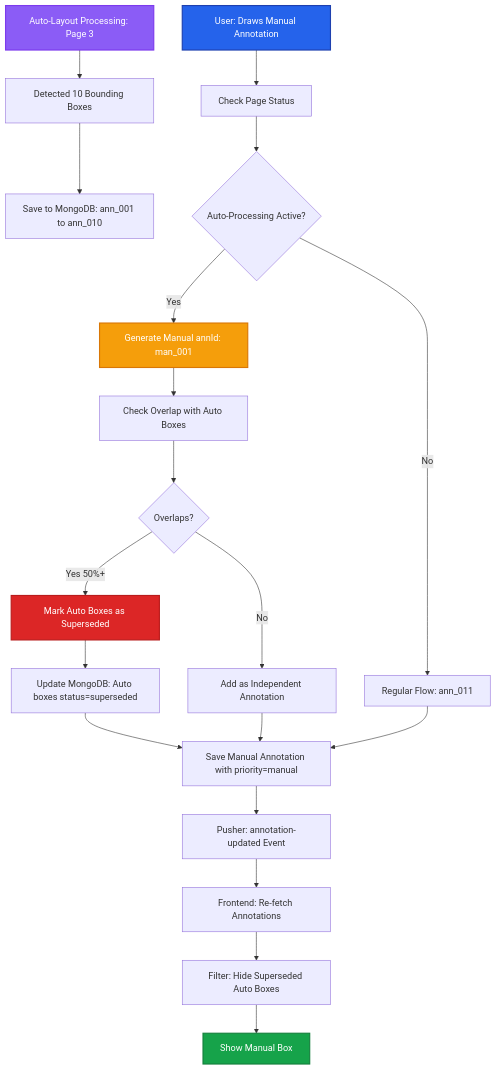
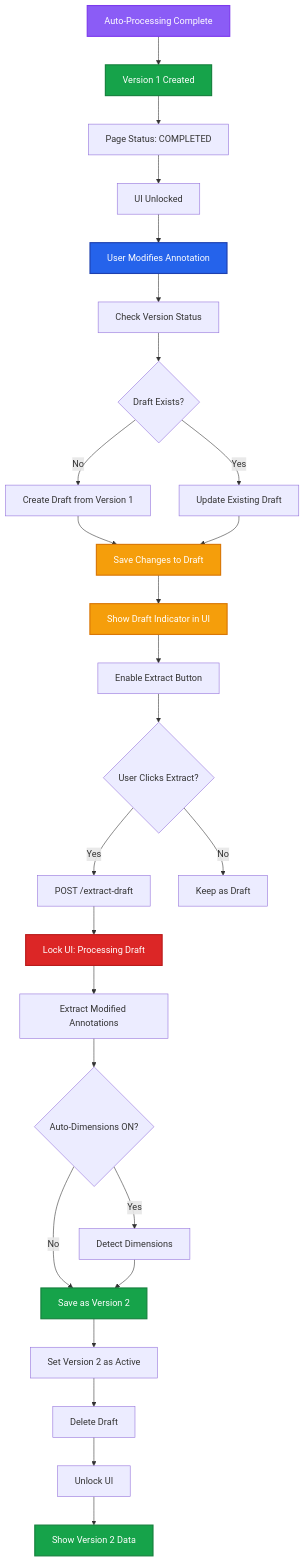
One commit to coffeeinc-in/adeos-fe-docs changed the third of 5 diagrams in content/v3-iteration/user-control-flow.mdx. Above: the diagram before and after it, drawn with Mermaid. The commit also changed other lines of this file, not shown here.

Commit message:
Implement feature X to enhance user experience and fix bug Y in module Z

````diff
--- a/content/v3-iteration/user-control-flow.mdx
+++ b/content/v3-iteration/user-control-flow.mdx
@@ -218,34 +351,42 @@
 ```mermaid
 graph TD
-    A[Auto-Layout Processing: Page 3] --> B[Detected 10 Bounding Boxes]
-    B --> C[Save to MongoDB: ann_001 to ann_010]
+    A[Auto-Processing Complete] --> B[Version 1 Created]
+    B --> C[Page Status: COMPLETED]
+    C --> D[UI Unlocked]
 
-    D[User: Draws Manual Annotation] --> E[Check Page Status]
-    E --> F{Auto-Processing Active?}
+    D --> E[User Modifies Annotation]
+    E --> F[Check Version Status]
+    F --> G{Draft Exists?}
 
-    F -->|Yes| G[Generate Manual annId: man_001]
-    F -->|No| H[Regular Flow: ann_011]
+    G -->|No| H[Create Draft from Version 1]
+    G -->|Yes| I[Update Existing Draft]
 
-    G --> I[Check Overlap with Auto Boxes]
-    I --> J{Overlaps?}
+    H --> J[Save Changes to Draft]
+    I --> J
+    J --> K[Show Draft Indicator in UI]
+    K --> L[Enable Extract Button]
 
-    J -->|Yes 50%+| K[Mark Auto Boxes as Superseded]
-    J -->|No| L[Add as Independent Annotation]
+    L --> M{User Clicks Extract?}
+    M -->|Yes| N[POST /extract-draft]
+    M -->|No| O[Keep as Draft]
 
-    K --> M[Update MongoDB: Auto boxes status=superseded]
-    M --> N[Save Manual Annotation with priority=manual]
-
-    L --> N
-    H --> N
-
-    N --> O[Pusher: annotation-updated Event]
-    O --> P[Frontend: Re-fetch Annotations]
-    P --> Q[Filter: Hide Superseded Auto Boxes]
-    Q --> R[Show Manual Box]
+    N --> P[Lock UI: Processing Draft]
+    P --> Q[Extract Modified Annotations]
+    Q --> R{Auto-Dimensions ON?}
+    R -->|Yes| S[Detect Dimensions]
+    R -->|No| T[Save as Version 2]
+    S --> T
+    T --> U[Set Version 2 as Active]
+    U --> V[Delete Draft]
+    V --> W[Unlock UI]
+    W --> X[Show Version 2 Data]
 
     style A fill:#8b5cf6,stroke:#7c3aed,stroke-width:2px,color:#fff
-    style D fill:#2563eb,stroke:#1e40af,stroke-width:2px,color:#fff
-    style G fill:#f59e0b,stroke:#d97706,stroke-width:2px,color:#fff
-    style K fill:#dc2626,stroke:#b91c1c,stroke-width:2px,color:#fff
-    style R fill:#16a34a,stroke:#15803d,stroke-width:2px,color:#fff
+    style B fill:#16a34a,stroke:#15803d,stroke-width:2px,color:#fff
+    style E fill:#2563eb,stroke:#1e40af,stroke-width:2px,color:#fff
+    style J fill:#f59e0b,stroke:#d97706,stroke-width:2px,color:#fff
+    style K fill:#f59e0b,stroke:#d97706,stroke-width:2px,color:#fff
+    style P fill:#dc2626,stroke:#b91c1c,stroke-width:2px,color:#fff
+    style T fill:#16a34a,stroke:#15803d,stroke-width:2px,color:#fff
+    style X fill:#16a34a,stroke:#15803d,stroke-width:2px,color:#fff
 ```
````
